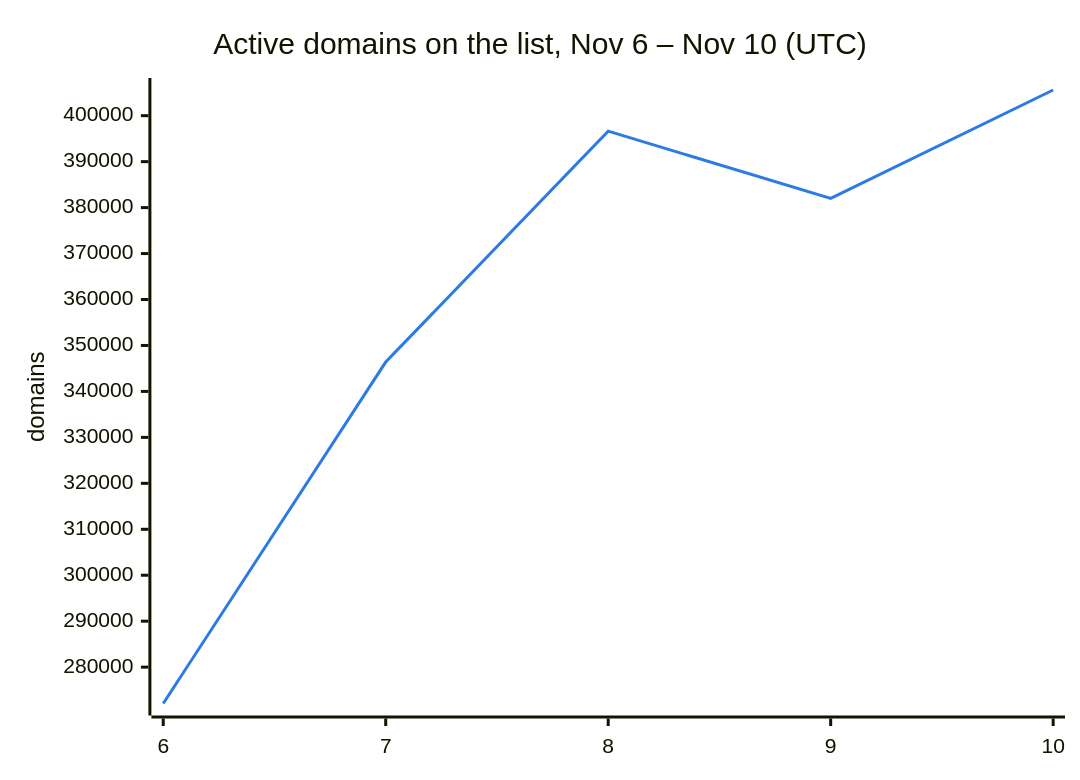
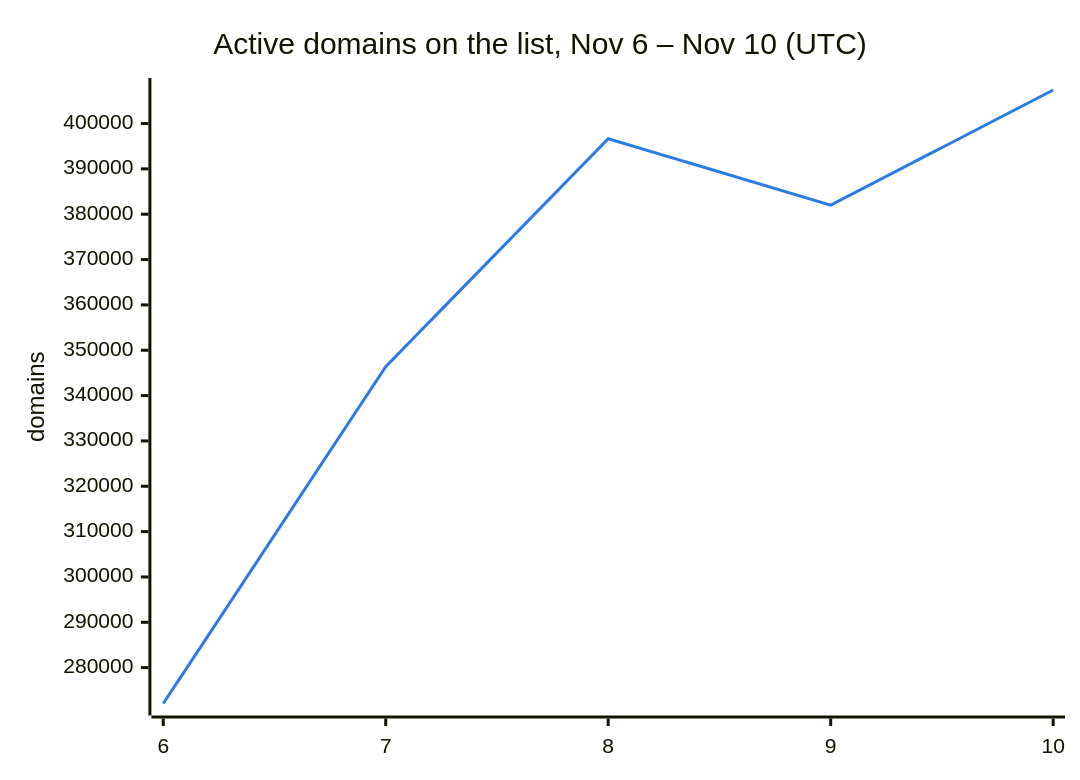
One commit to DNSBunker/CTI changed the second of 3 diagrams in README.md. Above: the diagram before and after it, drawn with Mermaid. The commit also changed other lines of this file and 3 other files, not shown here.

````diff
--- a/README.md
+++ b/README.md
@@ -38,8 +38,8 @@
 ```mermaid
 %%{init: {"themeVariables": {"xyChart": {"plotColorPalette": "#2c7be5"}}}}%%
 xychart-beta
     title "Active domains on the list, Nov 6 – Nov 10 (UTC)"
     x-axis ["6", "7", "8", "9", "10"]
     y-axis "domains"
-    line [272088, 346388, 396638, 382009, 405591]
+    line [272088, 346388, 396638, 382009, 407397]
 ```
````
